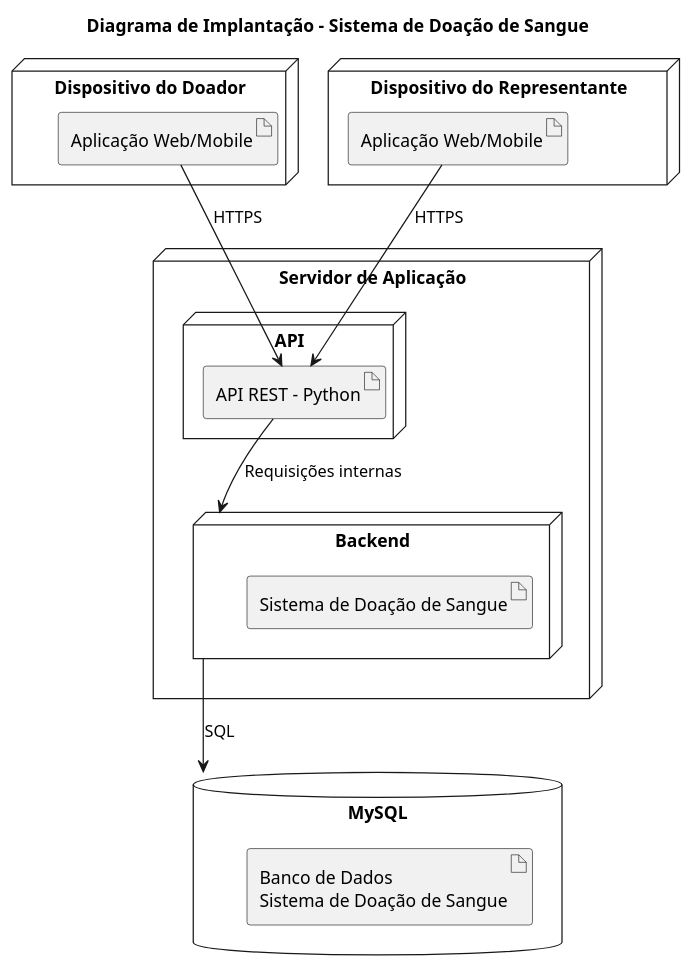
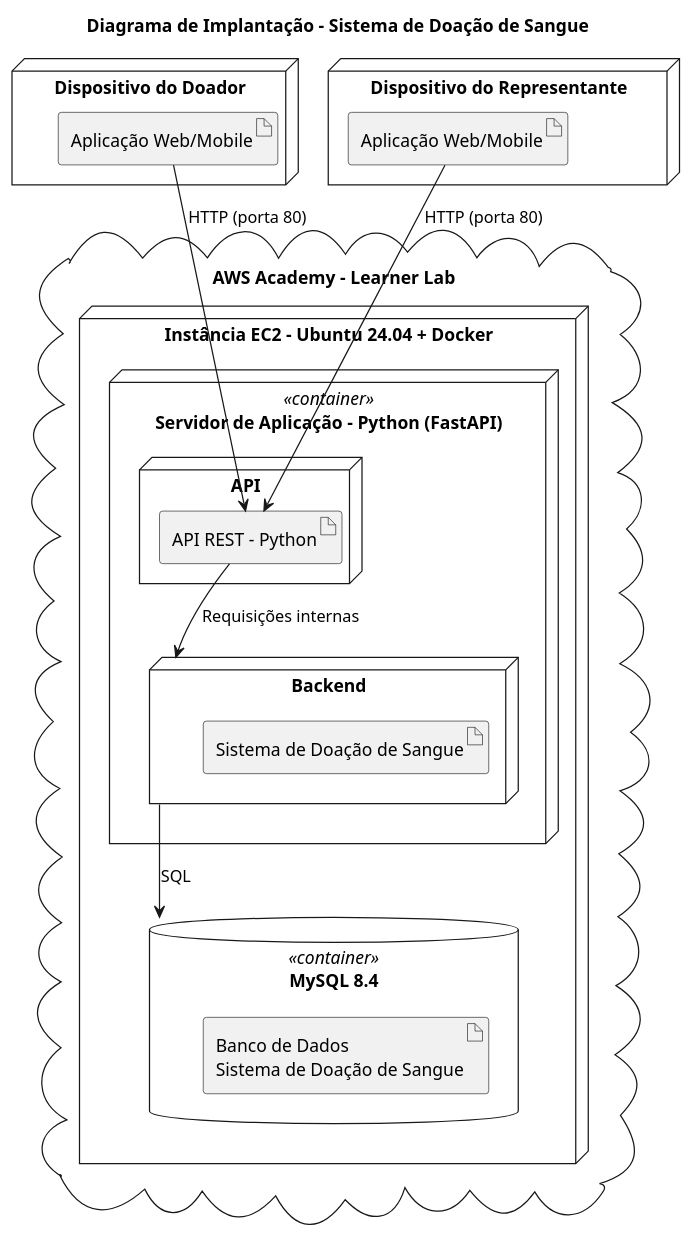
One commit to Derickin06/Projeto_doacao_de_sangue changed the diagram in Diagrama_implantacao.md. Above: the diagram before and after it, drawn with PlantUML. The commit also changed 8 other files, not shown here.

Commit message:
Deploy no AWS Academy (EC2 + Docker)

```diff
--- a/Diagrama_implantacao.md
+++ b/Diagrama_implantacao.md
@@ -1,54 +1,64 @@
 @startuml
 
 title Diagrama de Implantação - Sistema de Doação de Sangue
 
 ' =========================
 ' DISPOSITIVOS DOS USUÁRIOS
 ' =========================
 
 node "Dispositivo do Doador" as DoadorDevice {
     artifact "Aplicação Web/Mobile" as DoadorApp
 }
 
 node "Dispositivo do Representante" as RepresentanteDevice {
     artifact "Aplicação Web/Mobile" as RepresentanteApp
 }
 
 
 ' =========================
+' AWS ACADEMY (LEARNER LAB)
+' =========================
+
+cloud "AWS Academy - Learner Lab" as AWS {
+node "Instância EC2 - Ubuntu 24.04 + Docker" as EC2 {
+
+' =========================
 ' SERVIDOR DE APLICAÇÃO
 ' =========================
 
-node "Servidor de Aplicação" as AppServer {
+node "Servidor de Aplicação - Python (FastAPI)" as AppServer <<container>> {
 
     node "Backend" as Backend {
         artifact "Sistema de Doação de Sangue" as SistemaPython
     }
 
     node "API" as API {
         artifact "API REST - Python" as APIREST
     }
 }
 
 
 ' =========================
 ' BANCO DE DADOS
 ' =========================
 
-database "MySQL" as MySQL {
+database "MySQL 8.4" as MySQL <<container>> {
     artifact "Banco de Dados\nSistema de Doação de Sangue" as Database
+}
+
+}
 }
 
 
 ' =========================
 ' CONEXÕES
 ' =========================
 
-DoadorApp --> APIREST : HTTPS
-RepresentanteApp --> APIREST : HTTPS
+DoadorApp --> APIREST : HTTP (porta 80)
+RepresentanteApp --> APIREST : HTTP (porta 80)
 
 APIREST --> Backend : Requisições internas
 
 Backend --> MySQL : SQL
 
 @enduml
```
